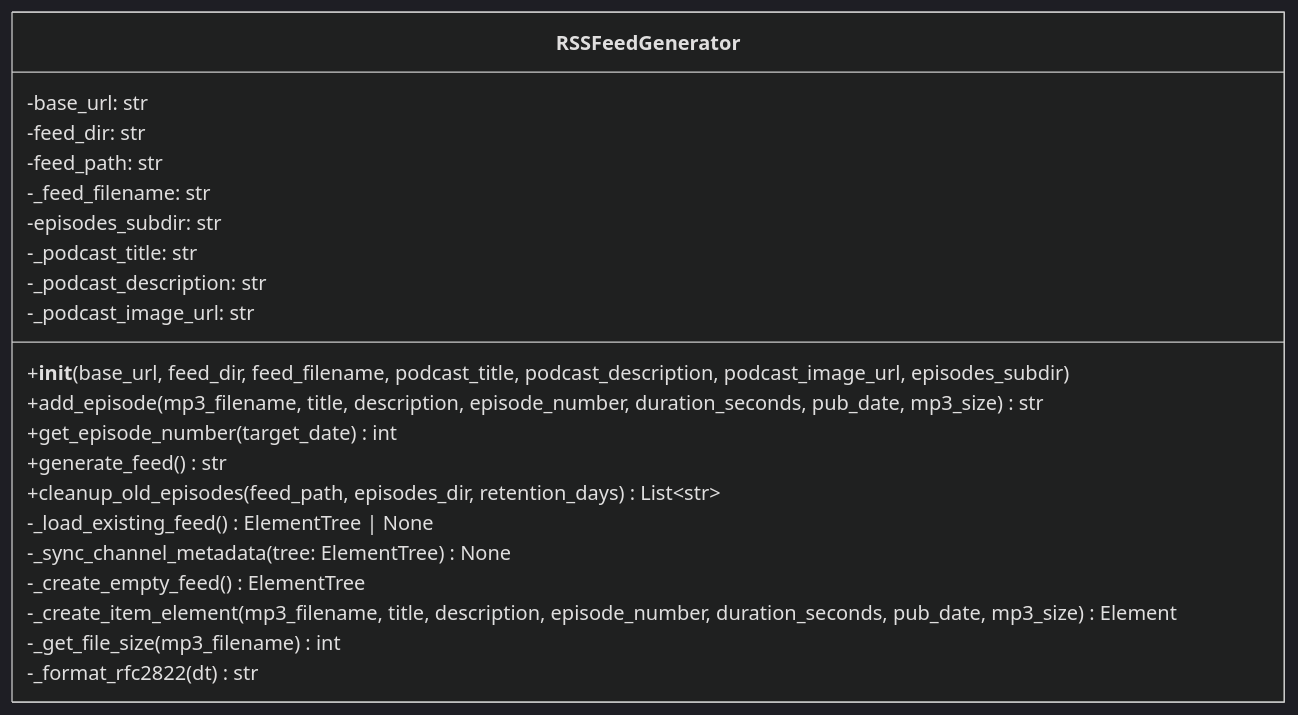
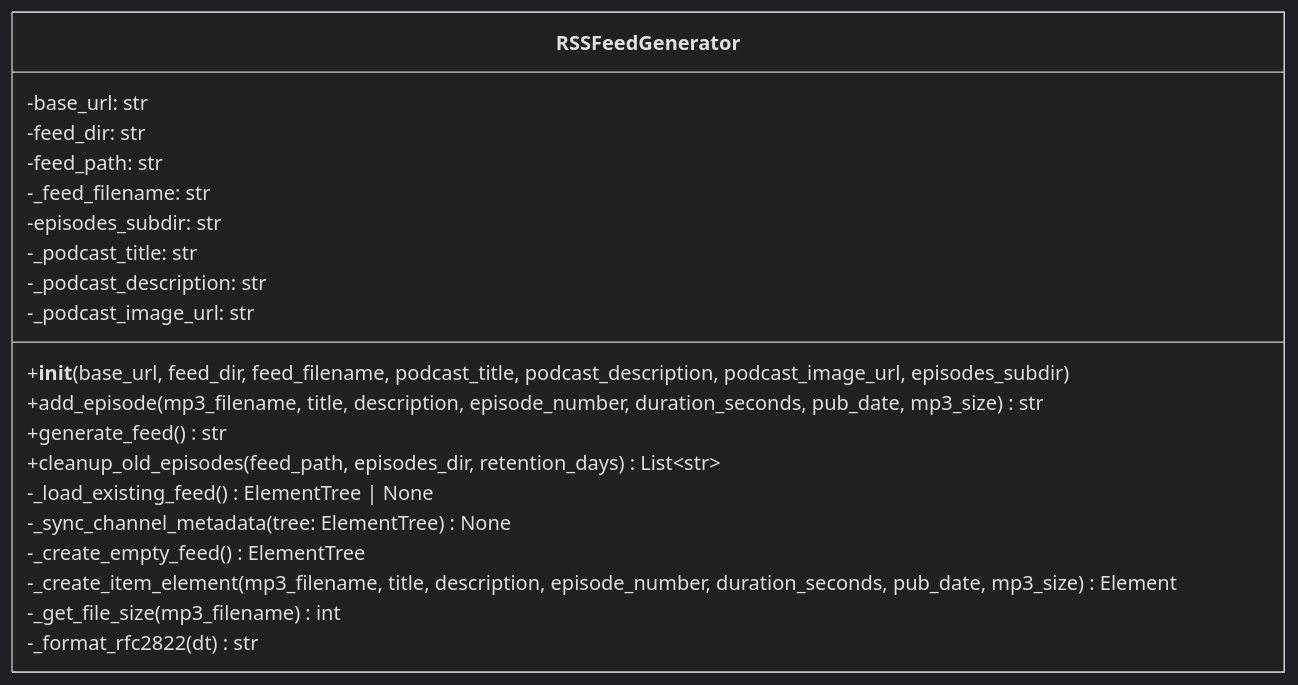
The fifth of 8 diagrams in docs/LLD.md (necoha/auto-podcast), drawn with Mermaid (dark theme) before and after one commit. The commit also changed other lines of this file and 25 other files, not shown here.

Commit message:
Restore pre-URL Context flow with configurable Gemini models

````diff
--- a/docs/LLD.md
+++ b/docs/LLD.md
@@ -381,24 +334,23 @@
 ```mermaid
 classDiagram
     class RSSFeedGenerator {
         -base_url: str
         -feed_dir: str
         -feed_path: str
         -_feed_filename: str
         -episodes_subdir: str
         -_podcast_title: str
         -_podcast_description: str
         -_podcast_image_url: str
         +__init__(base_url, feed_dir, feed_filename, podcast_title, podcast_description, podcast_image_url, episodes_subdir)
         +add_episode(mp3_filename, title, description, episode_number, duration_seconds, pub_date, mp3_size) str
-        +get_episode_number(target_date) int
         +generate_feed() str
         +cleanup_old_episodes(feed_path, episodes_dir, retention_days) List~str~
         -_load_existing_feed() ElementTree | None
         -_sync_channel_metadata(tree: ElementTree) None
         -_create_empty_feed() ElementTree
         -_create_item_element(mp3_filename, title, description, episode_number, duration_seconds, pub_date, mp3_size) Element
         -_get_file_size(mp3_filename) int
         -_format_rfc2822(dt) str
     }
 ```
````
